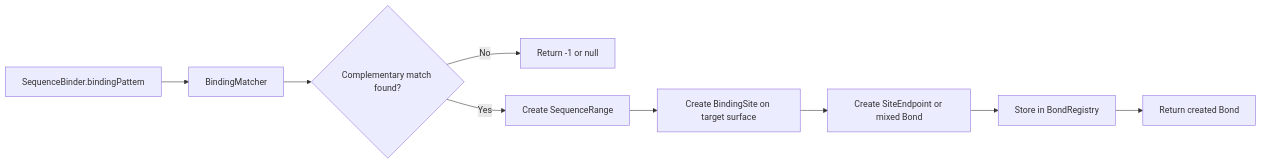
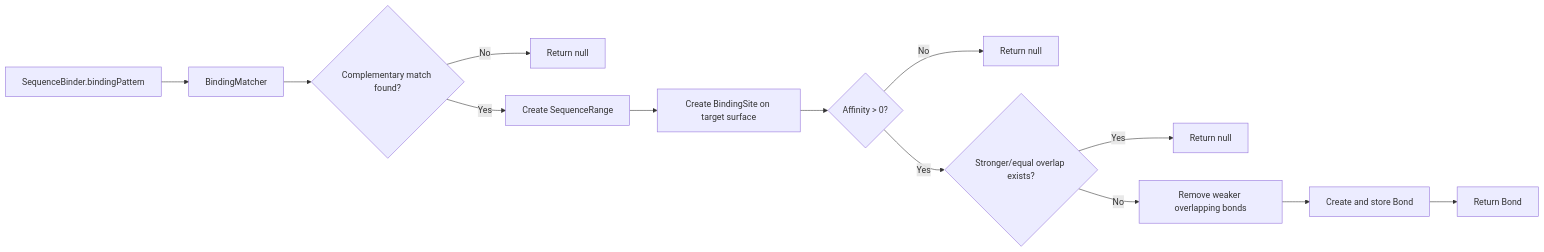
One commit to skasti/life-sim changed the second of 2 diagrams in docs/biology/interactions/bonds.md. Above: the diagram before and after it, drawn with Mermaid. The commit also changed other lines of this file and 2 other files, not shown here.

First line of the commit message:
Add conflict-aware occupancy resolution for sequence binding (#24)

````diff
--- a/docs/biology/interactions/bonds.md
+++ b/docs/biology/interactions/bonds.md
@@ -214,11 +214,15 @@
 ```mermaid
 flowchart LR
     A[SequenceBinder.bindingPattern] --> B[BindingMatcher]
     B --> C{Complementary match found?}
-    C -- No --> D[Return -1 or null]
+    C -- No --> D[Return null]
     C -- Yes --> E[Create SequenceRange]
     E --> F[Create BindingSite on target surface]
-    F --> G[Create SiteEndpoint or mixed Bond]
-    G --> H[Store in BondRegistry]
-    H --> I[Return created Bond]
+    F --> G{Affinity > 0?}
+    G -- No --> H[Return null]
+    G -- Yes --> I{Stronger/equal overlap exists?}
+    I -- Yes --> J[Return null]
+    I -- No --> K[Remove weaker overlapping bonds]
+    K --> L[Create and store Bond]
+    L --> M[Return Bond]
 ```
````
